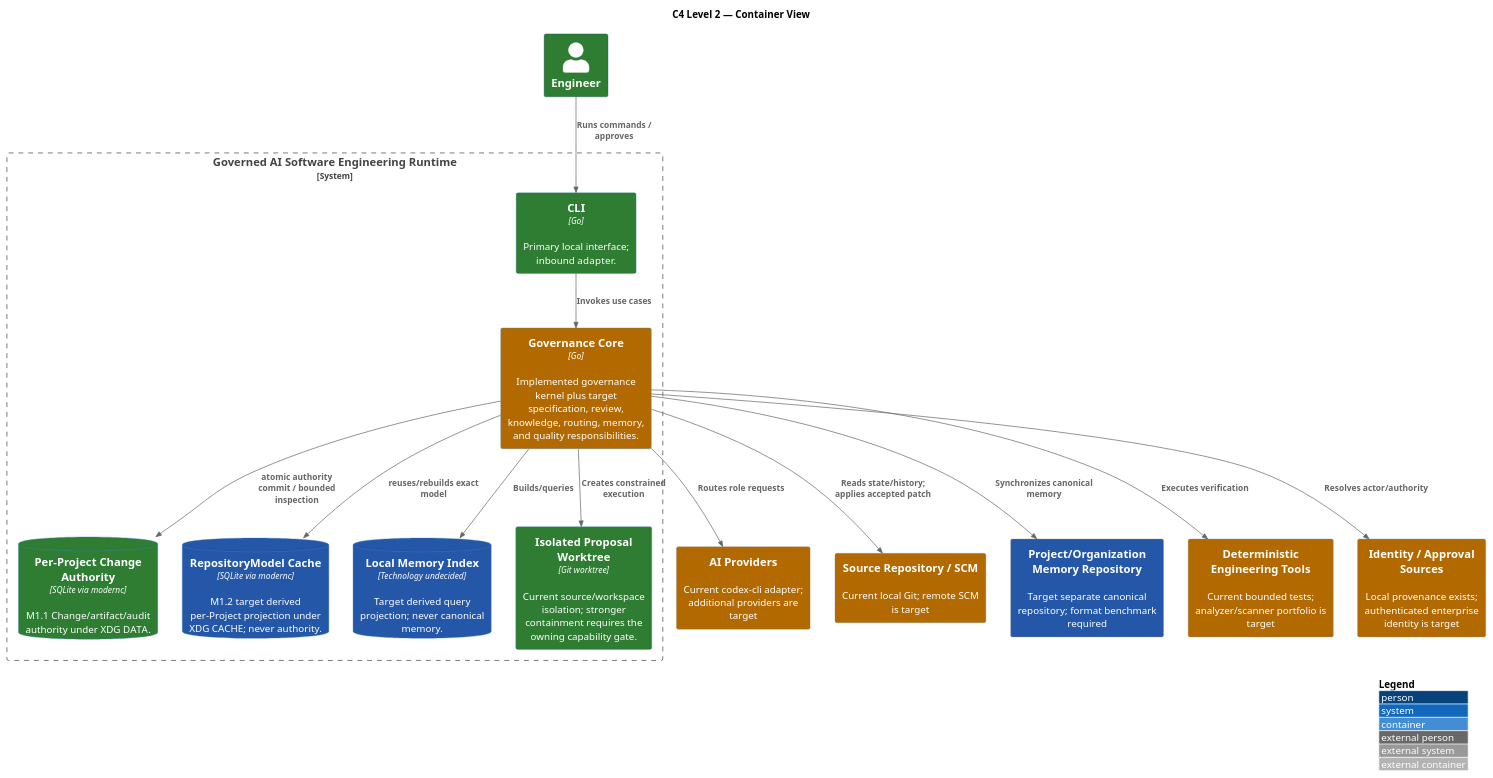
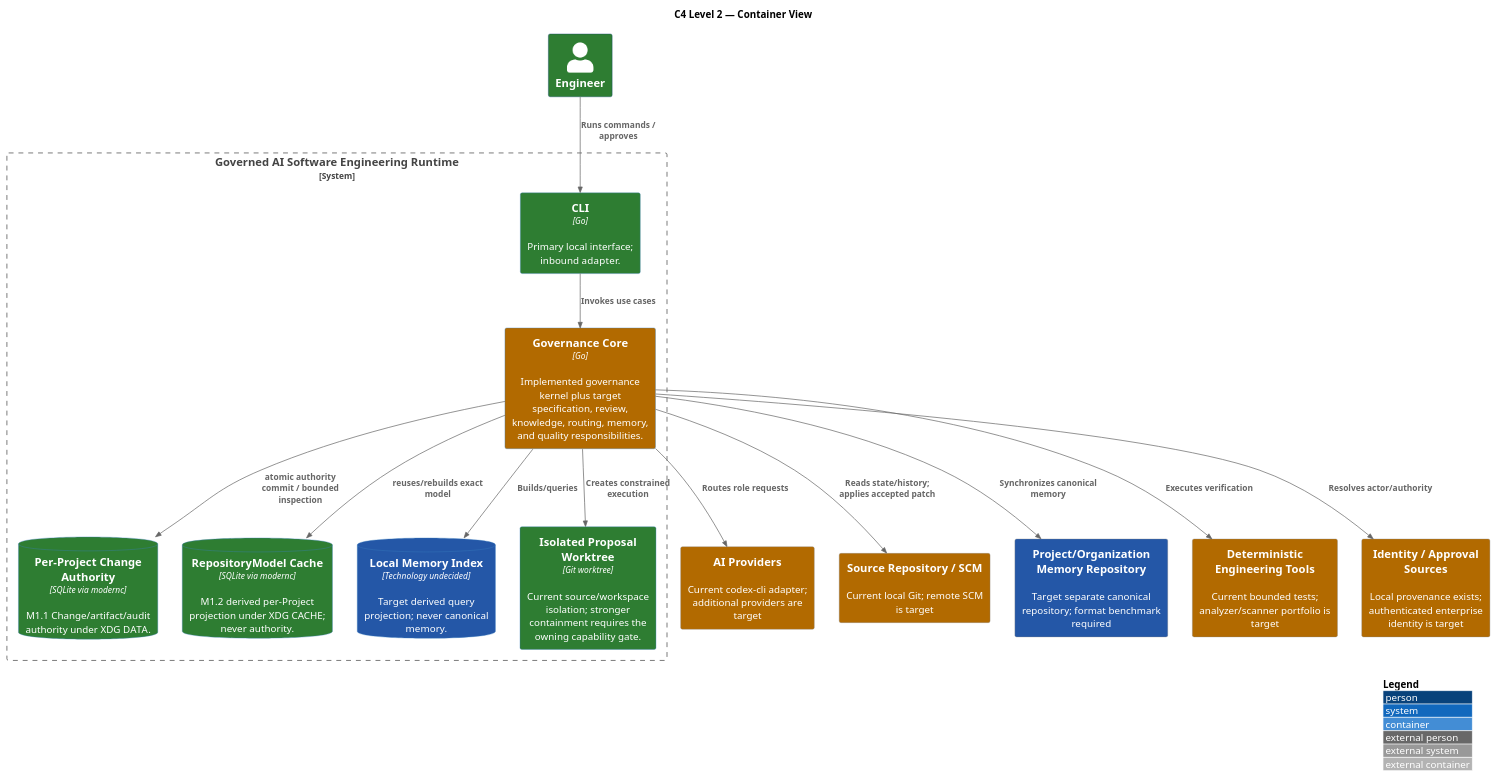
One commit to Eu-Pedro0ficial/praetor changed the diagram in docs/architecture/src/docs/arc42/diagrams/c4-container.puml. Above: the diagram before and after it, drawn with PlantUML. The commit also changed 49 other files, not shown here.

```diff
--- a/docs/architecture/src/docs/arc42/diagrams/c4-container.puml
+++ b/docs/architecture/src/docs/arc42/diagrams/c4-container.puml
@@ -1,34 +1,34 @@
 @startuml
 !include <C4/C4_Container>
 AddElementTag("AS-IS", $bgColor="#2E7D32", $fontColor="#FFFFFF", $legendText="AS-IS")
 AddElementTag("PARTIAL", $bgColor="#B26A00", $fontColor="#FFFFFF", $legendText="PARTIAL")
 AddElementTag("TARGET", $bgColor="#2457A7", $fontColor="#FFFFFF", $legendText="TARGET")
 AddElementTag("DEFERRED", $bgColor="#6A5A78", $fontColor="#FFFFFF", $legendText="DEFERRED")
 LAYOUT_WITH_LEGEND()
 title C4 Level 2 — Container View
 Person(engineer, "Engineer", $tags="AS-IS")
 System_Boundary(system, "Governed AI Software Engineering Runtime") {
   Container(cli, "CLI", "Go", "Primary local interface; inbound adapter.", $tags="AS-IS")
   Container(core, "Governance Core", "Go", "Implemented governance kernel plus target specification, review, knowledge, routing, memory, and quality responsibilities.", $tags="PARTIAL")
   ContainerDb(changeStore, "Per-Project Change Authority", "SQLite via modernc", "M1.1 Change/artifact/audit authority under XDG DATA.", $tags="AS-IS")
-  ContainerDb(repositoryCache, "RepositoryModel Cache", "SQLite via modernc", "M1.2 target derived per-Project projection under XDG CACHE; never authority.", $tags="TARGET")
+  ContainerDb(repositoryCache, "RepositoryModel Cache", "SQLite via modernc", "M1.2 derived per-Project projection under XDG CACHE; never authority.", $tags="AS-IS")
   ContainerDb(index, "Local Memory Index", "Technology undecided", "Target derived query projection; never canonical memory.", $tags="TARGET")
   Container(sandbox, "Isolated Proposal Worktree", "Git worktree", "Current source/workspace isolation; stronger containment requires the owning capability gate.", $tags="AS-IS")
 }
 System_Ext(ai, "AI Providers", "Current codex-cli adapter; additional providers are target", $tags="PARTIAL")
 System_Ext(src, "Source Repository / SCM", "Current local Git; remote SCM is target", $tags="PARTIAL")
 System_Ext(mem, "Project/Organization Memory Repository", "Target separate canonical repository; format benchmark required", $tags="TARGET")
 System_Ext(tools, "Deterministic Engineering Tools", "Current bounded tests; analyzer/scanner portfolio is target", $tags="PARTIAL")
 System_Ext(idp, "Identity / Approval Sources", "Local provenance exists; authenticated enterprise identity is target", $tags="PARTIAL")
 Rel(engineer, cli, "Runs commands / approves")
 Rel(cli, core, "Invokes use cases")
 Rel(core, changeStore, "atomic authority commit / bounded inspection")
 Rel(core, repositoryCache, "reuses/rebuilds exact model")
 Rel(core, index, "Builds/queries")
 Rel(core, sandbox, "Creates constrained execution")
 Rel(core, ai, "Routes role requests")
 Rel(core, src, "Reads state/history; applies accepted patch")
 Rel(core, mem, "Synchronizes canonical memory")
 Rel(core, tools, "Executes verification")
 Rel(core, idp, "Resolves actor/authority")
 @enduml
```
